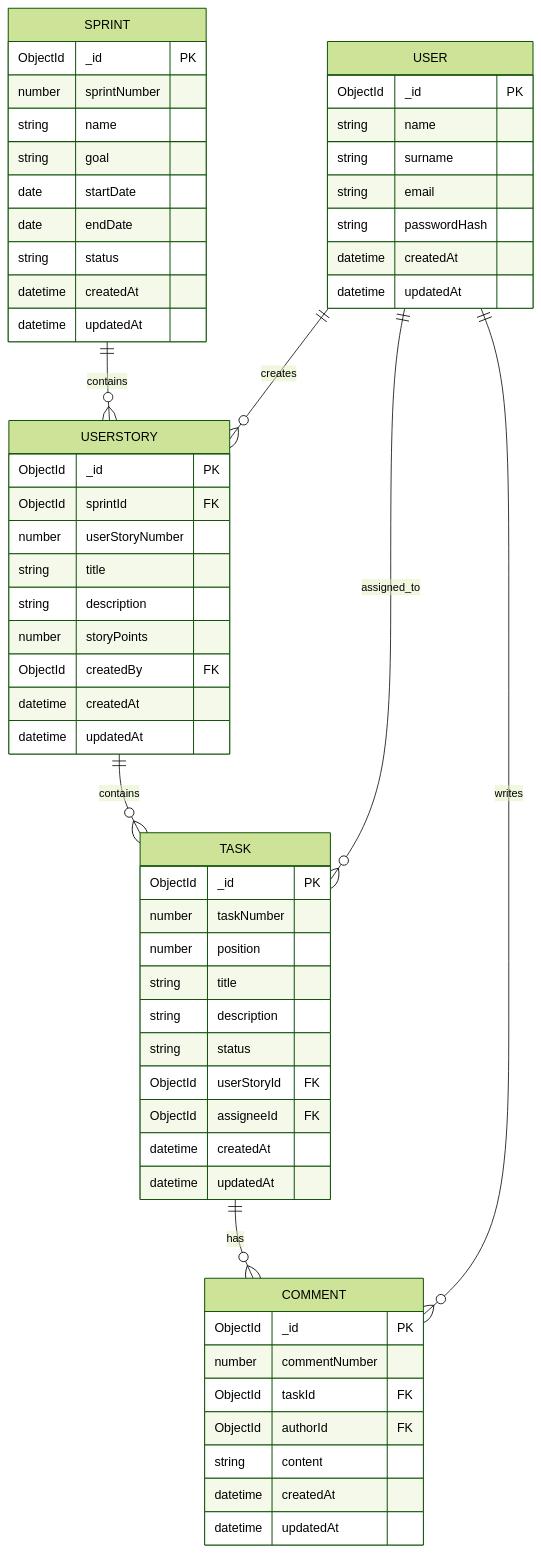
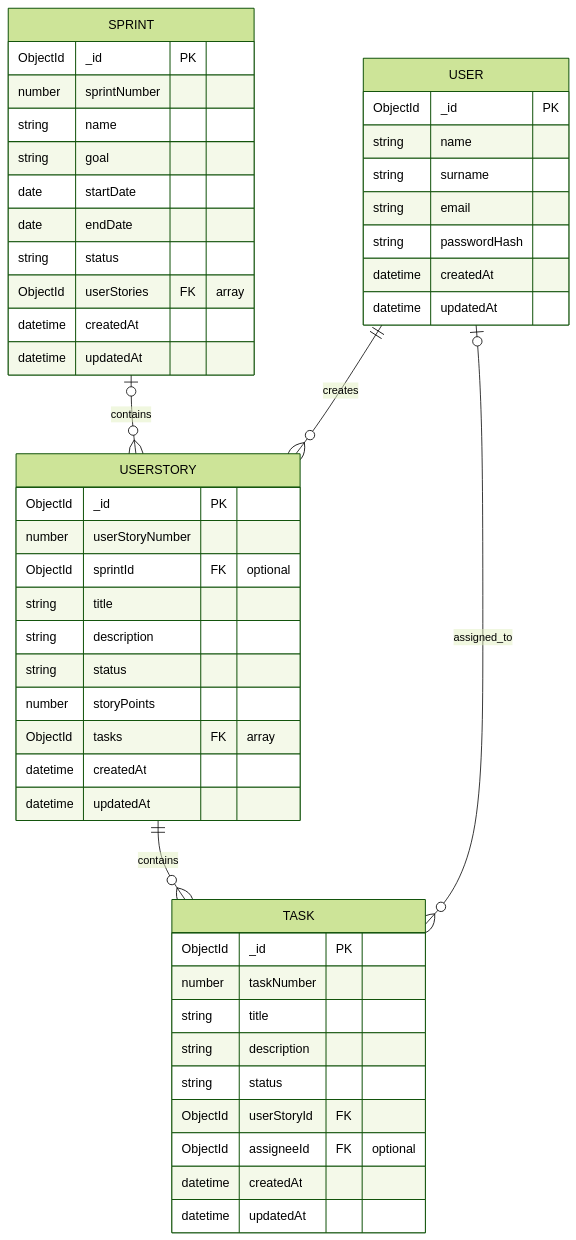
The diagram in README.md (tiMtanic/scrumigo-react), drawn with Mermaid (forest theme) before and after one commit. The commit also changed other lines of this file, not shown here.

````diff
--- a/README.md
+++ b/README.md
@@ -4,68 +8,55 @@
 ```mermaid
 erDiagram
     USER {
         ObjectId _id PK
         string name
         string surname
         string email
         string passwordHash
         datetime createdAt
         datetime updatedAt
     }
 
     SPRINT {
         ObjectId _id PK
         number sprintNumber
         string name
         string goal
         date startDate
         date endDate
         string status
+        ObjectId userStories FK "array"
         datetime createdAt
         datetime updatedAt
     }
 
     USERSTORY {
         ObjectId _id PK
-        ObjectId sprintId FK
         number userStoryNumber
+        ObjectId sprintId FK "optional"
         string title
         string description
+        string status
         number storyPoints
-        ObjectId createdBy FK
+        ObjectId tasks FK "array"
         datetime createdAt
         datetime updatedAt
     }
 
     TASK {
         ObjectId _id PK
         number taskNumber
-        number position
         string title
         string description
         string status
         ObjectId userStoryId FK
-        ObjectId assigneeId FK
+        ObjectId assigneeId FK "optional"
         datetime createdAt
         datetime updatedAt
     }
 
-    COMMENT {
-        ObjectId _id PK
-        number commentNumber
-        ObjectId taskId FK
-        ObjectId authorId FK
-        string content
-        datetime createdAt
-        datetime updatedAt
-    }
-
-    SPRINT ||--o{ USERSTORY : contains
+    SPRINT o|--o{ USERSTORY : contains
     USER ||--o{ USERSTORY : creates
-
     USERSTORY ||--o{ TASK : contains
-    USER ||--o{ TASK : assigned_to
-
-    TASK ||--o{ COMMENT : has
-    USER ||--o{ COMMENT : writes
+    USER o|--o{ TASK : assigned_to
 ```
````
